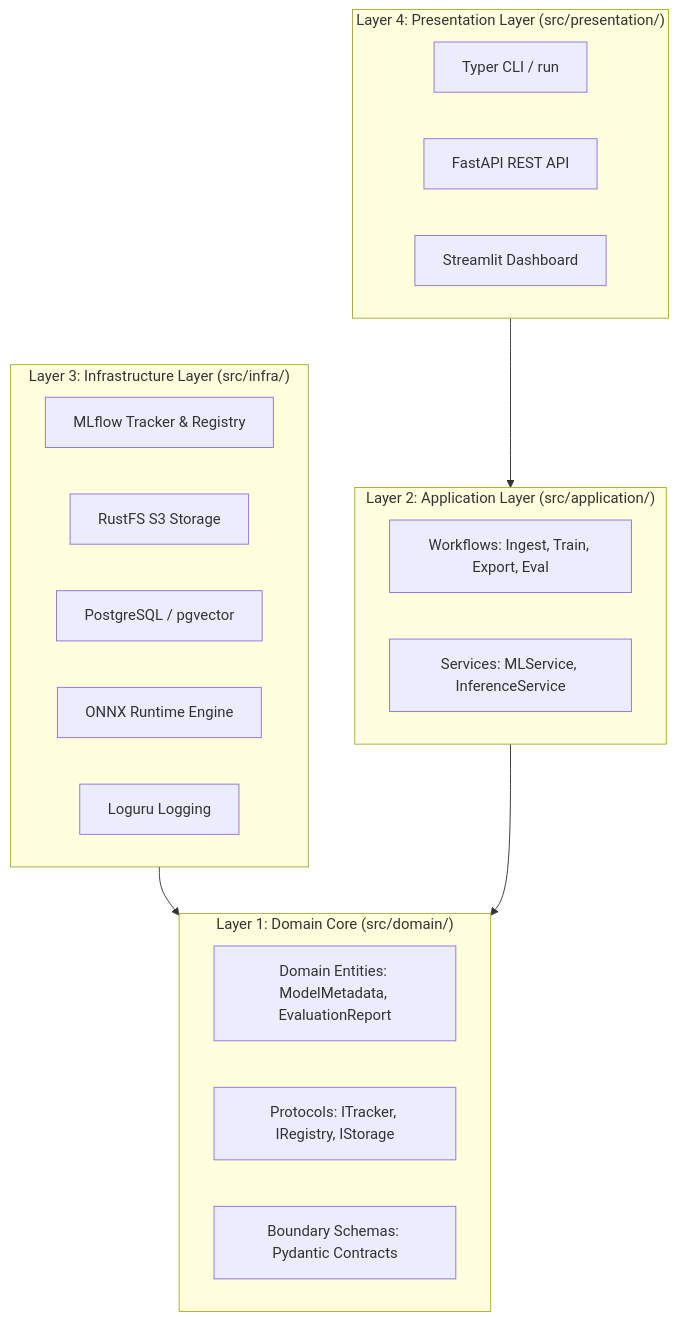
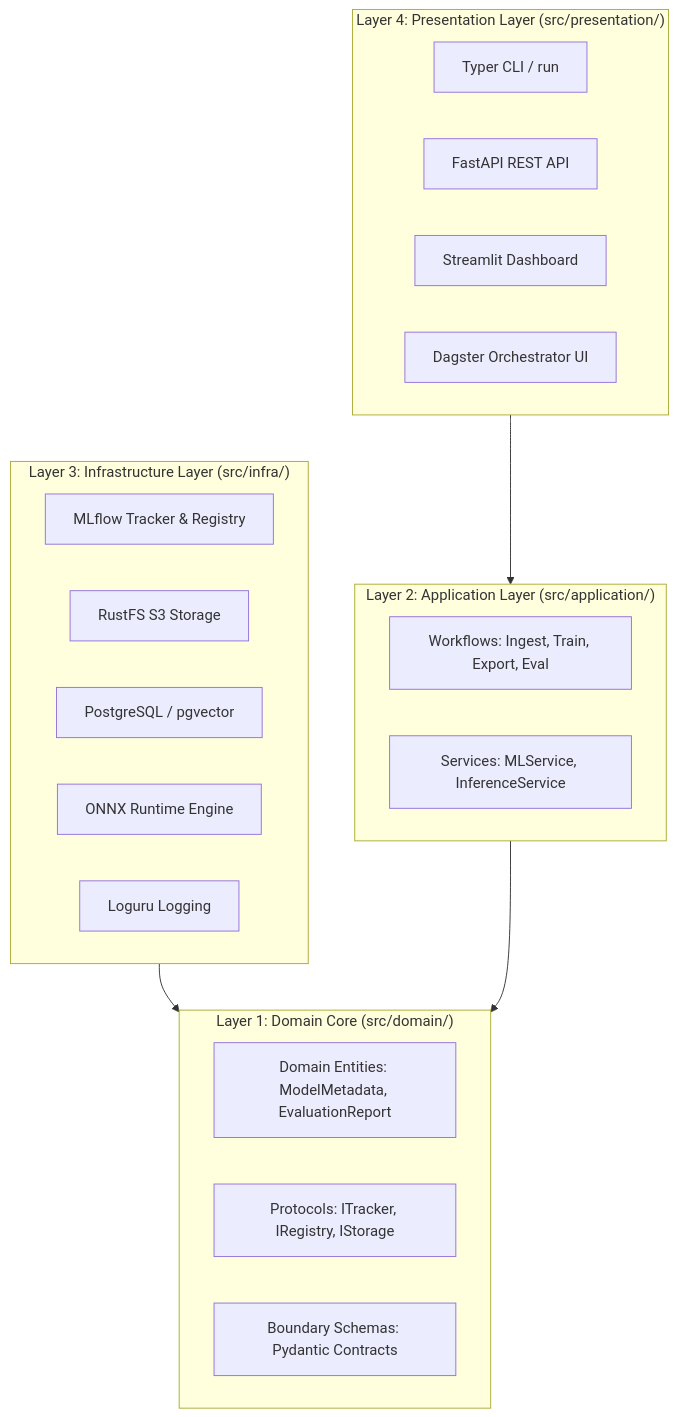
Before and after one commit to sglbl/sg_project_template: the diagram in docs/ARCHITECTURE.md, drawn with Mermaid. The commit also changed other lines of this file and 9 other files, not shown here.

````diff
--- a/docs/ARCHITECTURE.md
+++ b/docs/ARCHITECTURE.md
@@ -16,31 +16,32 @@
 ```mermaid
 flowchart TD
     subgraph Presentation ["Layer 4: Presentation Layer (src/presentation/)"]
         CLI[Typer CLI / run]
         API[FastAPI REST API]
         UI[Streamlit Dashboard]
+        Dagster[Dagster Orchestrator UI]
     end
 
     subgraph Infrastructure ["Layer 3: Infrastructure Layer (src/infra/)"]
         MLflow[MLflow Tracker & Registry]
         Storage[RustFS S3 Storage]
         DB[PostgreSQL / pgvector]
         ONNX[ONNX Runtime Engine]
         Logger[Loguru Logging]
     end
 
     subgraph Application ["Layer 2: Application Layer (src/application/)"]
         Pipelines[Workflows: Ingest, Train, Export, Eval]
         Services[Services: MLService, InferenceService]
     end
 
     subgraph Domain ["Layer 1: Domain Core (src/domain/)"]
         Entities[Domain Entities: ModelMetadata, EvaluationReport]
         Protocols[Protocols: ITracker, IRegistry, IStorage]
         Schemas[Boundary Schemas: Pydantic Contracts]
     end
 
     Presentation --> Application
     Infrastructure --> Domain
     Application --> Domain
 ```
````
